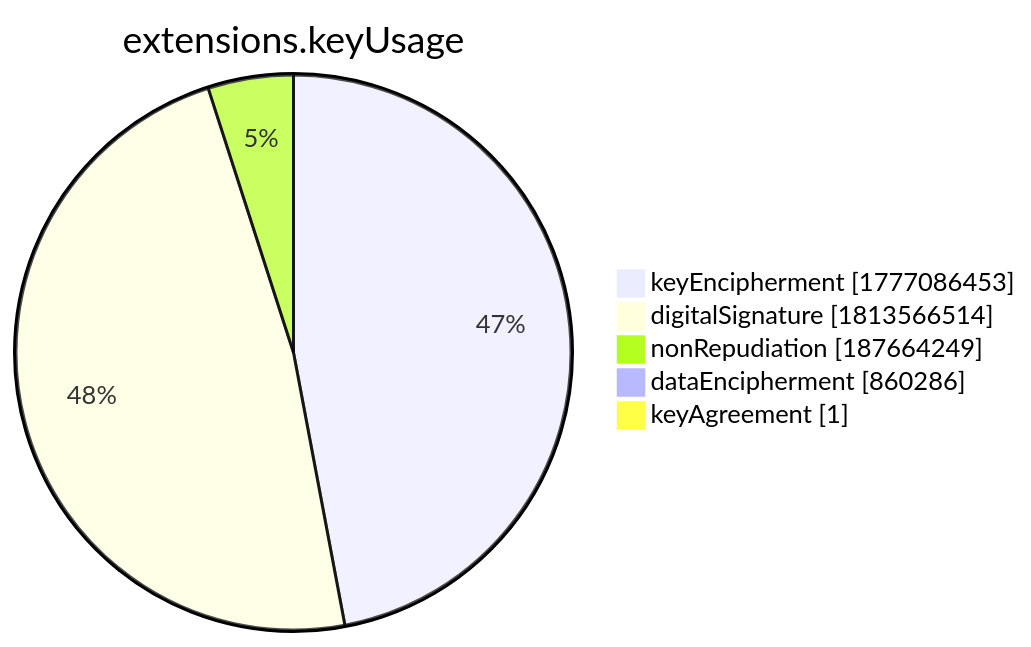
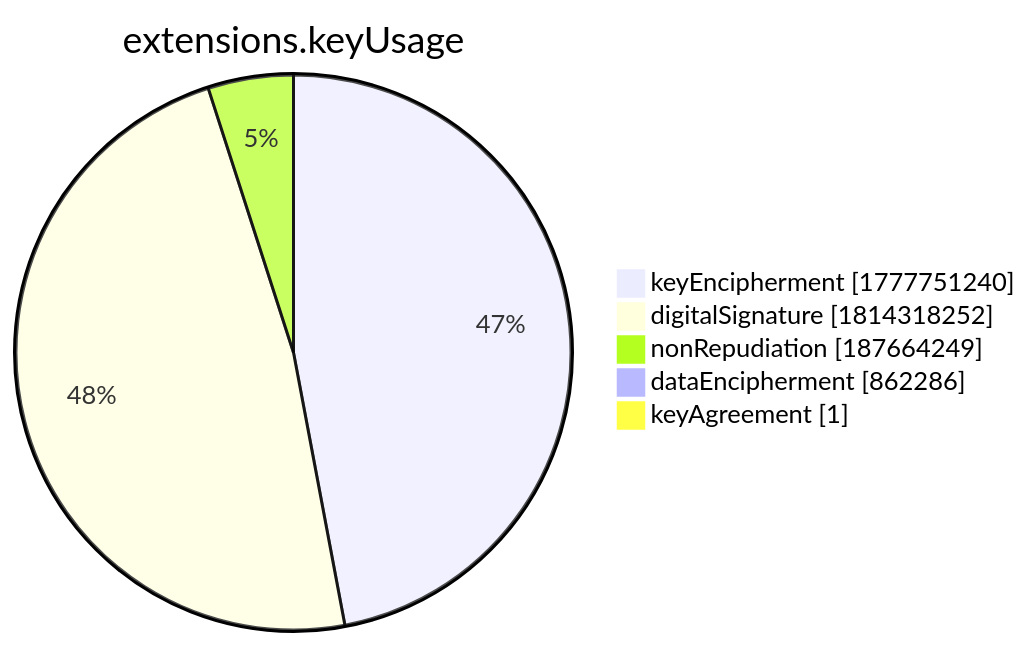
Before and after one commit to christiankrug/ctmonitor_visualization: the seventh of 15 diagrams in xenon2022/README.md, drawn with Mermaid. The commit also changed other lines of this file, not shown here.

````diff
--- a/xenon2022/README.md
+++ b/xenon2022/README.md
@@ -2859,9 +2859,9 @@
 ```mermaid
 pie showData
 title extensions.keyUsage
-"keyEncipherment" :1777086453
-"digitalSignature" :1813566514
+"keyEncipherment" :1777751240
+"digitalSignature" :1814318252
 "nonRepudiation" :187664249
-"dataEncipherment" :860286
+"dataEncipherment" :862286
 "keyAgreement" :1
 ```
````
